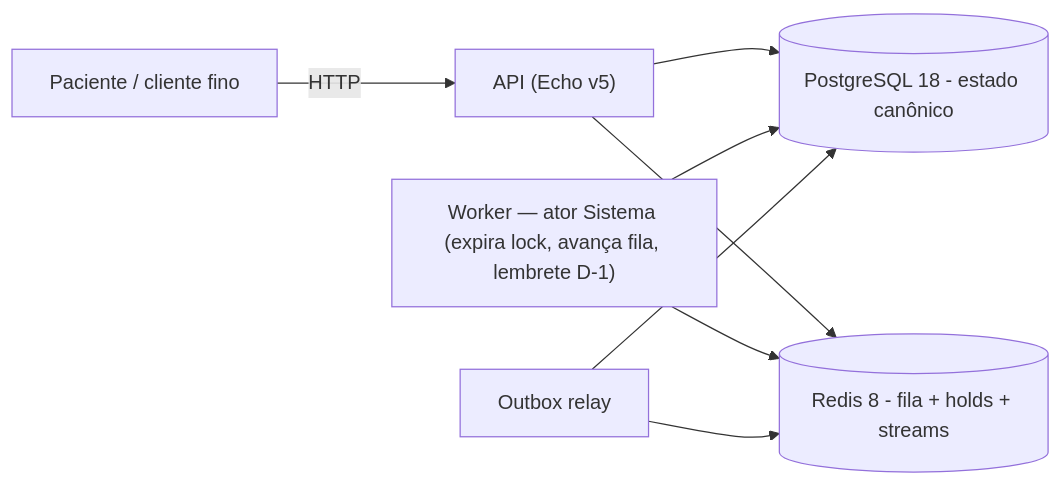
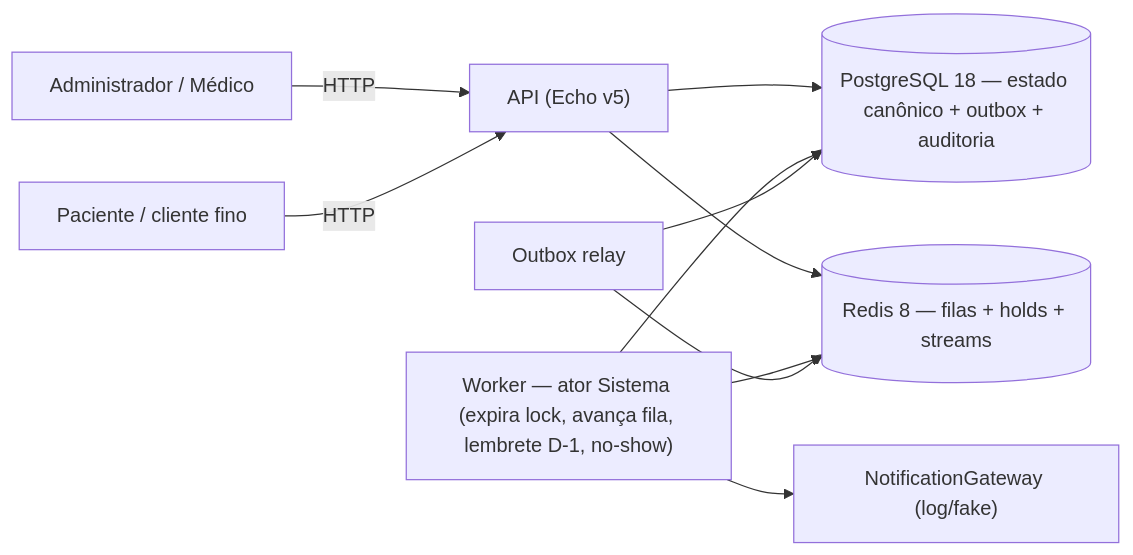
Before and after one commit to daniloar/sdd-agendafacil: the second of 5 diagrams in _bmad-output/planning-artifacts/architecture/architecture-sdd-agendafacil-2026-09-01/ARCHITECTURE-SPINE.md, drawn with Mermaid. The commit also changed other lines of this file and 2 other files, not shown here.

First line of the commit message:
docs: reconcile AgendaFácil architecture spine with the PRD

````diff
--- a/_bmad-output/planning-artifacts/architecture/architecture-sdd-agendafacil-2026-09-01/ARCHITECTURE-SPINE.md
+++ b/_bmad-output/planning-artifacts/architecture/architecture-sdd-agendafacil-2026-09-01/ARCHITECTURE-SPINE.md
@@ -166,10 +216,12 @@
 ```mermaid
 graph LR
-  patient["Paciente / cliente fino"] -->|HTTP| api["API (Echo v5)"]
-  api --> pg[("PostgreSQL 18 - estado canônico")]
-  api --> redis[("Redis 8 - fila + holds + streams")]
-  worker["Worker — ator Sistema (expira lock, avança fila, lembrete D-1)"] --> pg
+  admin["Administrador / Médico"] -->|HTTP| api["API (Echo v5)"]
+  patient["Paciente / cliente fino"] -->|HTTP| api
+  api --> pg[("PostgreSQL 18 — estado canônico + outbox + auditoria")]
+  api --> redis[("Redis 8 — filas + holds + streams")]
+  worker["Worker — ator Sistema (expira lock, avança fila, lembrete D-1, no-show)"] --> pg
   worker --> redis
+  worker --> notify["NotificationGateway (log/fake)"]
   relay["Outbox relay"] --> pg
   relay --> redis
 ```
````
